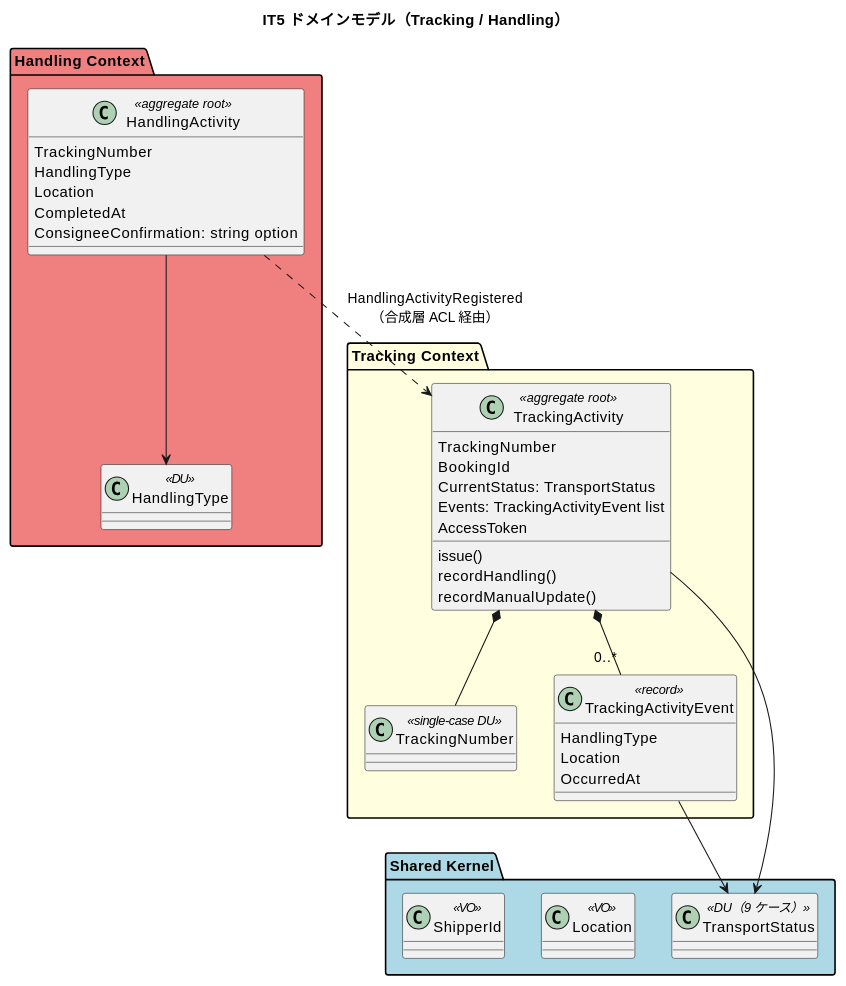
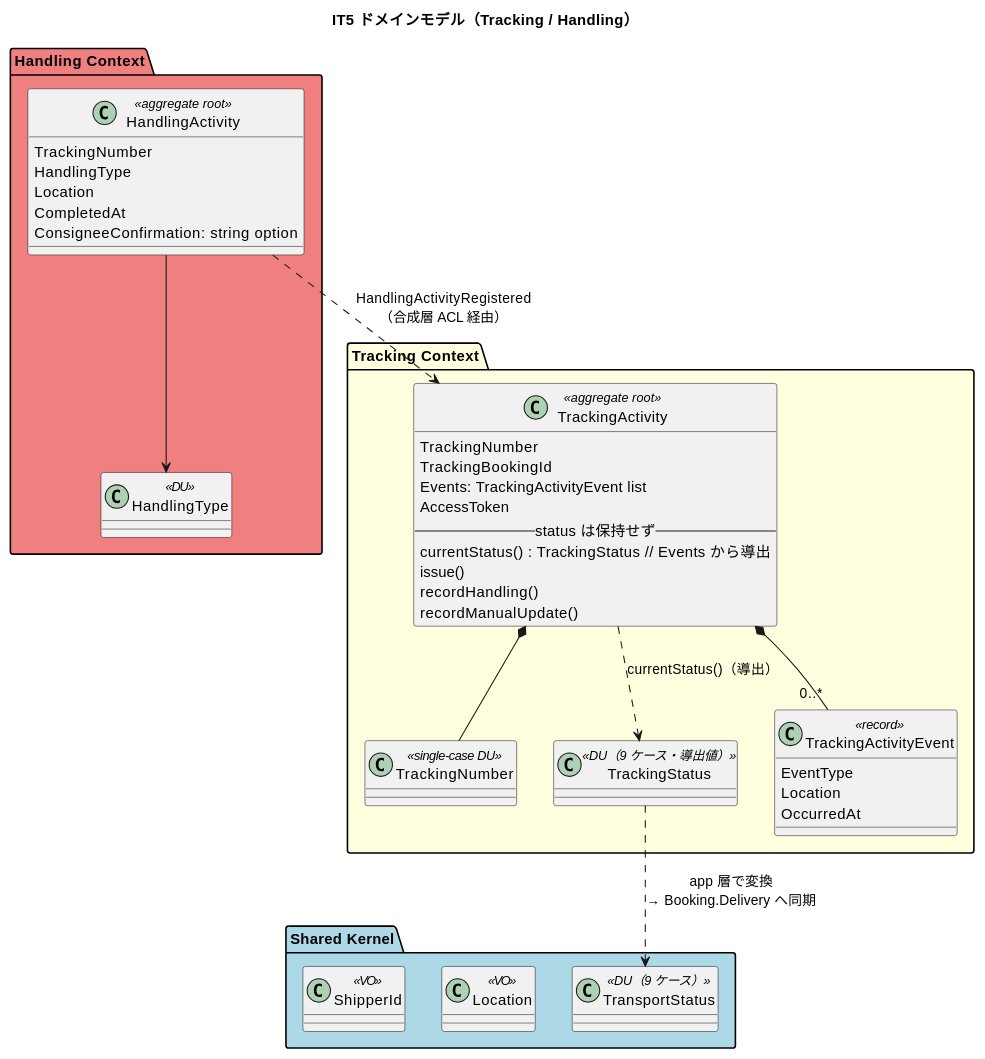
Before and after one commit to k2works/case-study-cargo-tracker: the third of 6 diagrams in docs/development/iteration_plan-5.md, drawn with PlantUML. The commit also changed other lines of this file, not shown here.

First line of the commit message:
docs(plan): IT5 計画を整合性検証で修正（TrackingStatus 導出値・戦略アプローチ注記）

````diff
--- a/docs/development/iteration_plan-5.md
+++ b/docs/development/iteration_plan-5.md
@@ -248,48 +260,50 @@
 ```plantuml
 @startuml
 title IT5 ドメインモデル（Tracking / Handling）
 
 package "Shared Kernel" #lightblue {
   class TransportStatus <<DU（9 ケース）>>
   class Location <<VO>>
   class ShipperId <<VO>>
 }
 
 package "Tracking Context" #lightyellow {
   class TrackingActivity <<aggregate root>> {
     TrackingNumber
-    BookingId
-    CurrentStatus: TransportStatus
+    TrackingBookingId
     Events: TrackingActivityEvent list
     AccessToken
+    -- status は保持せず --
+    currentStatus() : TrackingStatus  // Events から導出
     issue()
     recordHandling()
     recordManualUpdate()
   }
   class TrackingNumber <<single-case DU>>
+  class TrackingStatus <<DU（9 ケース・導出値）>>
   class TrackingActivityEvent <<record>> {
-    HandlingType
+    EventType
     Location
     OccurredAt
   }
 }
 
 package "Handling Context" #lightcoral {
   class HandlingActivity <<aggregate root>> {
     TrackingNumber
     HandlingType
     Location
     CompletedAt
     ConsigneeConfirmation: string option
   }
   class HandlingType <<DU>>
 }
 
 TrackingActivity *-- TrackingNumber
 TrackingActivity *-- "0..*" TrackingActivityEvent
-TrackingActivity --> TransportStatus
-TrackingActivityEvent --> TransportStatus
+TrackingActivity ..> TrackingStatus : currentStatus()（導出）
+TrackingStatus ..> TransportStatus : app 層で変換\n→ Booking.Delivery へ同期
 HandlingActivity --> HandlingType
 HandlingActivity ..> TrackingActivity : HandlingActivityRegistered\n（合成層 ACL 経由）
 @enduml
 ```
````
